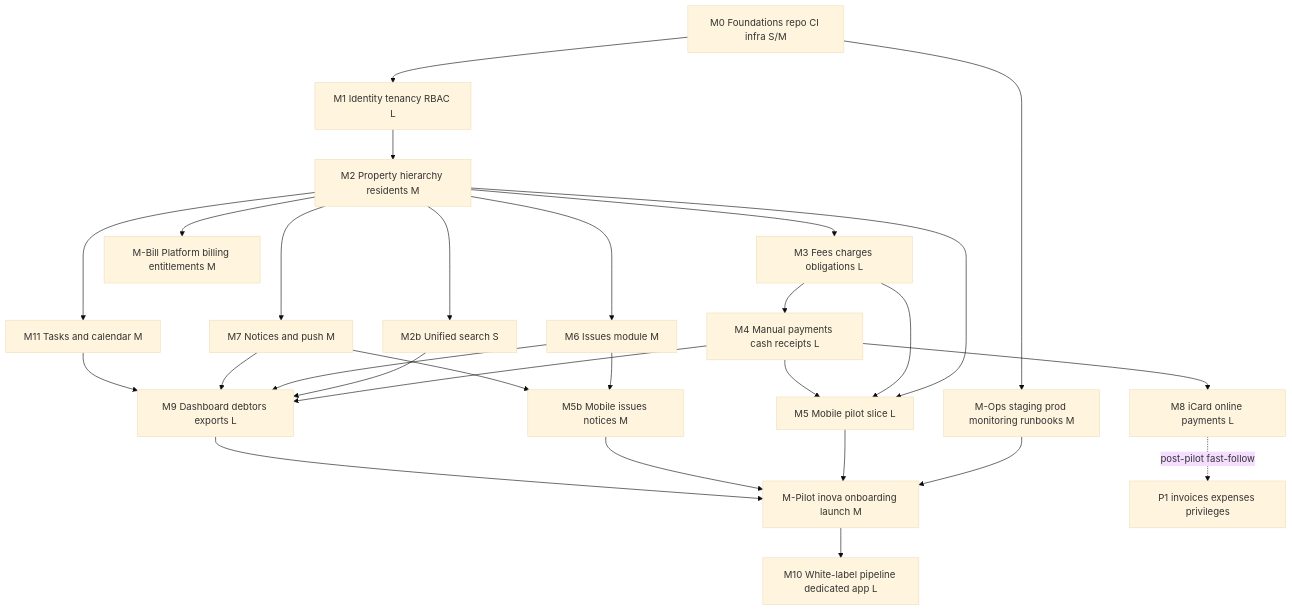
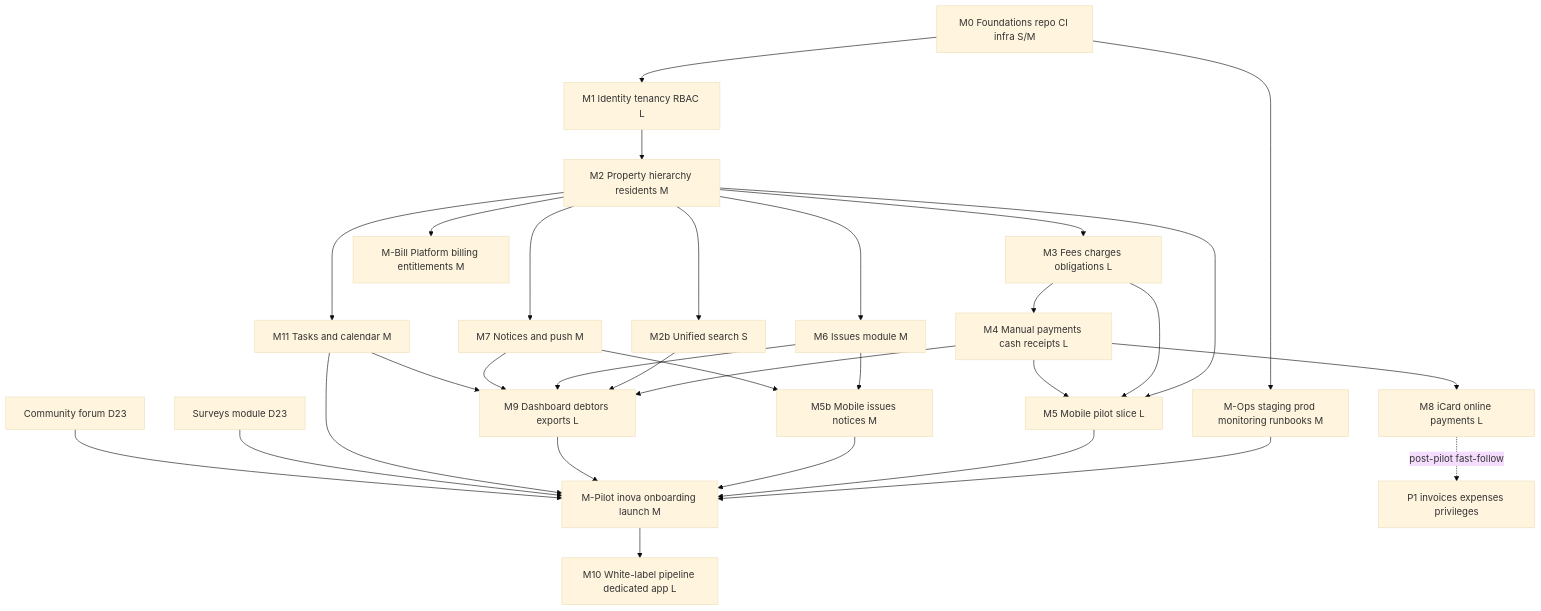
The diagram in docs/implementation-plan.md (bsdimer/inova), drawn with Mermaid (base theme) before and after one commit. The commit also changed other lines of this file and 14 other files, not shown here.

````diff
--- a/docs/implementation-plan.md
+++ b/docs/implementation-plan.md
@@ -72,30 +72,33 @@
 ```mermaid
 flowchart TD
   M0[M0 Foundations repo CI infra S/M] --> M1[M1 Identity tenancy RBAC L]
   M1 --> M2[M2 Property hierarchy residents M]
   M2 --> M3[M3 Fees charges obligations L]
   M3 --> M4[M4 Manual payments cash receipts L]
   M2 --> M5[M5 Mobile pilot slice L]
   M3 --> M5
   M4 --> M5
   M2 --> M2b[M2b Unified search S]
   M2 --> M6[M6 Issues module M]
   M2 --> M7[M7 Notices and push M]
   M2 --> M11[M11 Tasks and calendar M]
   M6 --> M5b[M5b Mobile issues notices M]
   M7 --> M5b
   M4 --> M9[M9 Dashboard debtors exports L]
   M2b --> M9
   M6 --> M9
   M7 --> M9
   M11 --> M9
   M4 --> M8[M8 iCard online payments L]
   M2 --> MBill[M-Bill Platform billing entitlements M]
   M0 --> MOps[M-Ops staging prod monitoring runbooks M]
   MOps --> MPilot[M-Pilot inova onboarding launch M]
   M5 --> MPilot
   M5b --> MPilot
   M9 --> MPilot
+  M11 --> MPilot
+  Surveys[Surveys module D23] --> MPilot
+  Community[Community forum D23] --> MPilot
   M8 -.post-pilot fast-follow.-> P1a[P1 invoices expenses privileges]
   MPilot --> M10[M10 White-label pipeline dedicated app L]
 ```
````
